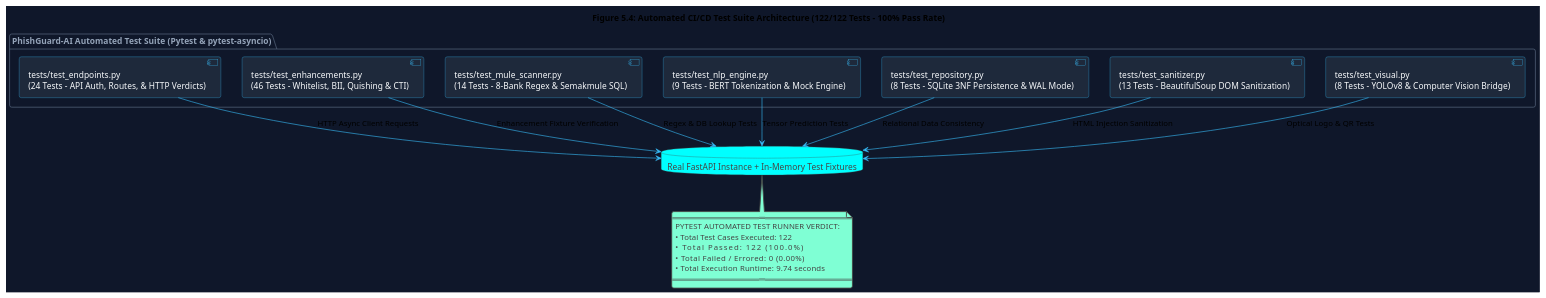
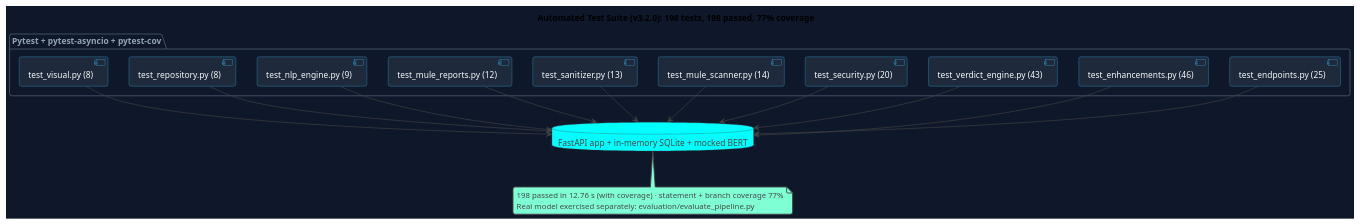
Before and after one commit to KunTheNoobie/PhishGuard-AI-Complete: the fourth of 4 diagrams in report/diagrams/Chapter_5_Diagrams.puml, drawn with PlantUML. The commit also changed other lines of this file and 104 other files, not shown here.

```diff
--- a/report/diagrams/Chapter_5_Diagrams.puml
+++ b/report/diagrams/Chapter_5_Diagrams.puml
@@ -127,43 +115,42 @@
 @startuml Test_Suite_Architecture_Chapter_5
 !theme vibrant
 skinparam backgroundColor #0f172a
-skinparam ArrowColor #38bdf8
 skinparam ComponentBorderColor #38bdf8
 skinparam ComponentBackgroundColor #1e293b
 skinparam ComponentFontColor #f8fafc
 skinparam PackageBorderColor #64748b
 skinparam PackageFontColor #94a3b8
 
-title Figure 5.4: Automated CI/CD Test Suite Architecture (122/122 Tests - 100% Pass Rate)
+title Automated Test Suite (v3.2.0): 198 tests, 198 passed, 77% coverage
 
-package "PhishGuard-AI Automated Test Suite (Pytest & pytest-asyncio)" {
-    [tests/test_endpoints.py\n(24 Tests - API Auth, Routes, & HTTP Verdicts)] as T1
-    [tests/test_enhancements.py\n(46 Tests - Whitelist, BII, Quishing & CTI)] as T2
-    [tests/test_mule_scanner.py\n(14 Tests - 8-Bank Regex & Semakmule SQL)] as T3
-    [tests/test_nlp_engine.py\n(9 Tests - BERT Tokenization & Mock Engine)] as T4
-    [tests/test_repository.py\n(8 Tests - SQLite 3NF Persistence & WAL Mode)] as T5
-    [tests/test_sanitizer.py\n(13 Tests - BeautifulSoup DOM Sanitization)] as T6
-    [tests/test_visual.py\n(8 Tests - YOLOv8 & Computer Vision Bridge)] as T7
+package "Pytest + pytest-asyncio + pytest-cov" {
+    [test_endpoints.py (25)] as T1
+    [test_enhancements.py (46)] as T2
+    [test_verdict_engine.py (43)] as T3
+    [test_security.py (20)] as T4
+    [test_mule_scanner.py (14)] as T5
+    [test_sanitizer.py (13)] as T6
+    [test_mule_reports.py (12)] as T7
+    [test_nlp_engine.py (9)] as T8
+    [test_repository.py (8)] as T9
+    [test_visual.py (8)] as T10
 }
 
-database "Real FastAPI Instance + In-Memory Test Fixtures" as TestApp
-
-T1 --> TestApp : HTTP Async Client Requests
-T2 --> TestApp : Enhancement Fixture Verification
-T3 --> TestApp : Regex & DB Lookup Tests
-T4 --> TestApp : Tensor Prediction Tests
-T5 --> TestApp : Relational Data Consistency
-T6 --> TestApp : HTML Injection Sanitization
-T7 --> TestApp : Optical Logo & QR Tests
+database "FastAPI app + in-memory SQLite + mocked BERT" as TestApp
+T1 --> TestApp
+T2 --> TestApp
+T3 --> TestApp
+T4 --> TestApp
+T5 --> TestApp
+T6 --> TestApp
+T7 --> TestApp
+T8 --> TestApp
+T9 --> TestApp
+T10 --> TestApp
 
 note bottom of TestApp
-  =========================================
-  PYTEST AUTOMATED TEST RUNNER VERDICT:
-  • Total Test Cases Executed: 122
-  • Total Passed:              122 (100.0%)
-  • Total Failed / Errored:    0   (0.00%)
-  • Total Execution Runtime:   9.74 seconds
-  =========================================
+  198 passed in 12.76 s (with coverage) · statement + branch coverage 77%
+  Real model exercised separately: evaluation/evaluate_pipeline.py
 end note
 
 @enduml
```
